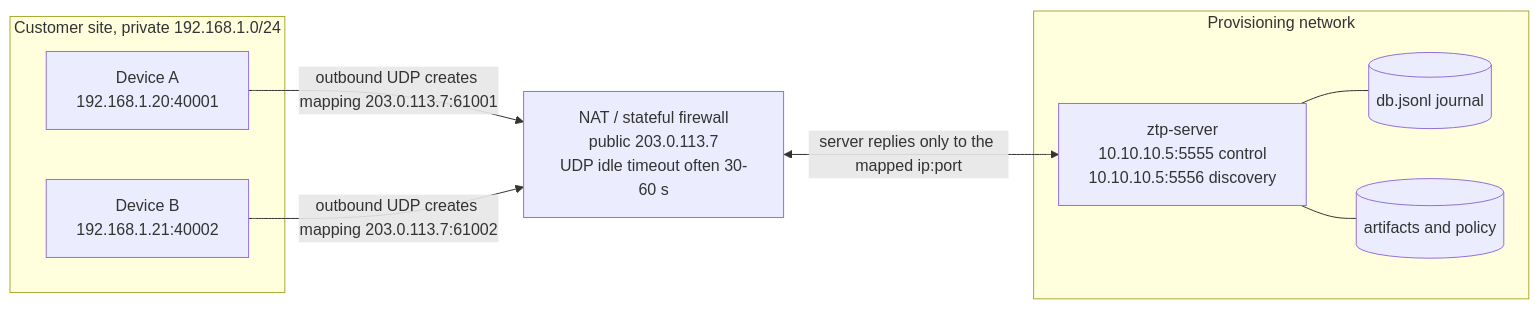
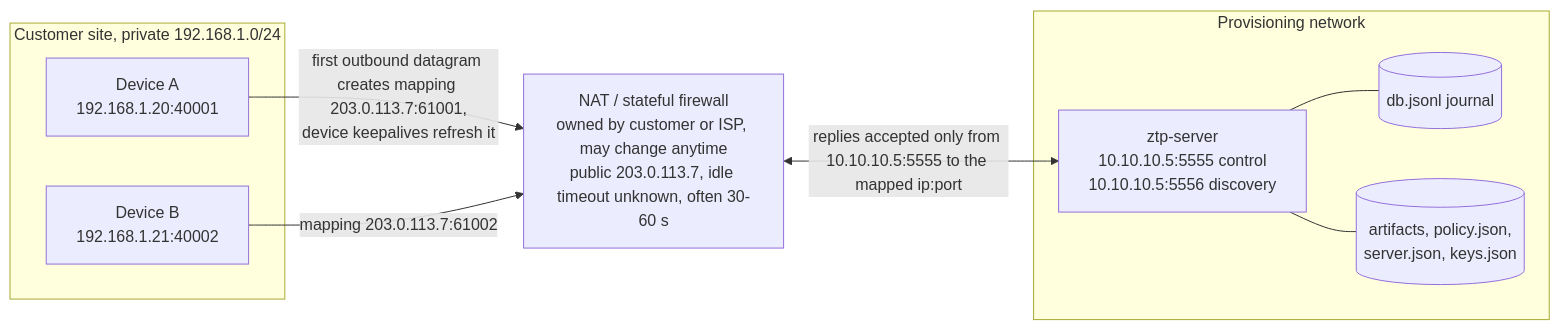
One commit to heysunilvk/ztp-project changed the third of 23 diagrams in DESIGN.md. Above: the diagram before and after it, drawn with Mermaid. The commit also changed other lines of this file and 2 other files, not shown here.

````diff
--- a/DESIGN.md
+++ b/DESIGN.md
@@ -420,18 +465,18 @@
 ```mermaid
 flowchart LR
     subgraph SITE["Customer site, private 192.168.1.0/24"]
         DEV1["Device A<br/>192.168.1.20:40001"]
         DEV2["Device B<br/>192.168.1.21:40002"]
     end
-    NAT["NAT / stateful firewall<br/>public 203.0.113.7<br/>UDP idle timeout often 30-60 s"]
+    NAT["NAT / stateful firewall<br/>owned by customer or ISP, may change anytime<br/>public 203.0.113.7, idle timeout unknown, often 30-60 s"]
     subgraph DC["Provisioning network"]
         SRV["ztp-server<br/>10.10.10.5:5555 control<br/>10.10.10.5:5556 discovery"]
         DBF[("db.jsonl journal")]
-        ART[("artifacts and policy")]
+        ART[("artifacts, policy.json,<br/>server.json, keys.json")]
     end
-    DEV1 -->|"outbound UDP creates mapping 203.0.113.7:61001"| NAT
-    DEV2 -->|"outbound UDP creates mapping 203.0.113.7:61002"| NAT
-    NAT <-->|"server replies only to the mapped ip:port"| SRV
+    DEV1 -->|"first outbound datagram creates mapping 203.0.113.7:61001,<br/>device keepalives refresh it"| NAT
+    DEV2 -->|"mapping 203.0.113.7:61002"| NAT
+    NAT <-->|"replies accepted only from 10.10.10.5:5555 to the mapped ip:port"| SRV
     SRV --- DBF
     SRV --- ART
 ```
````
